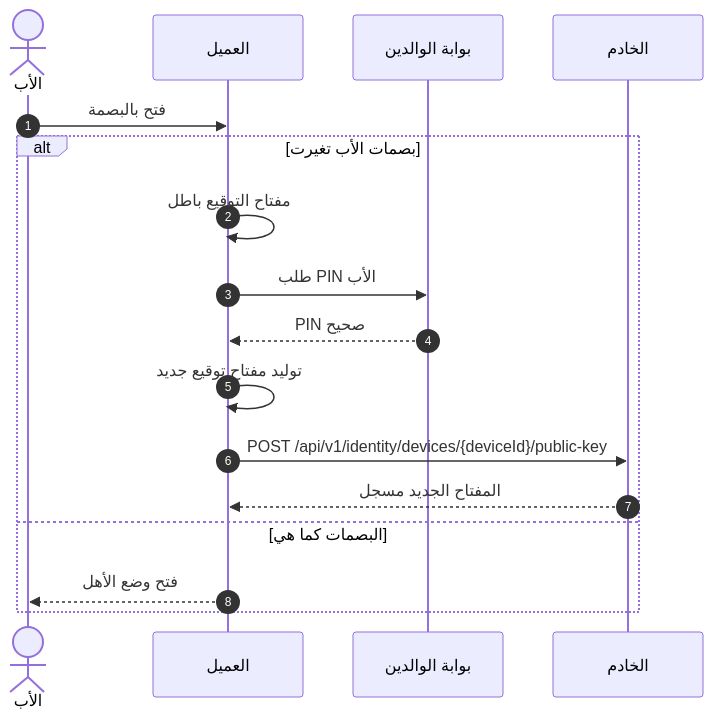
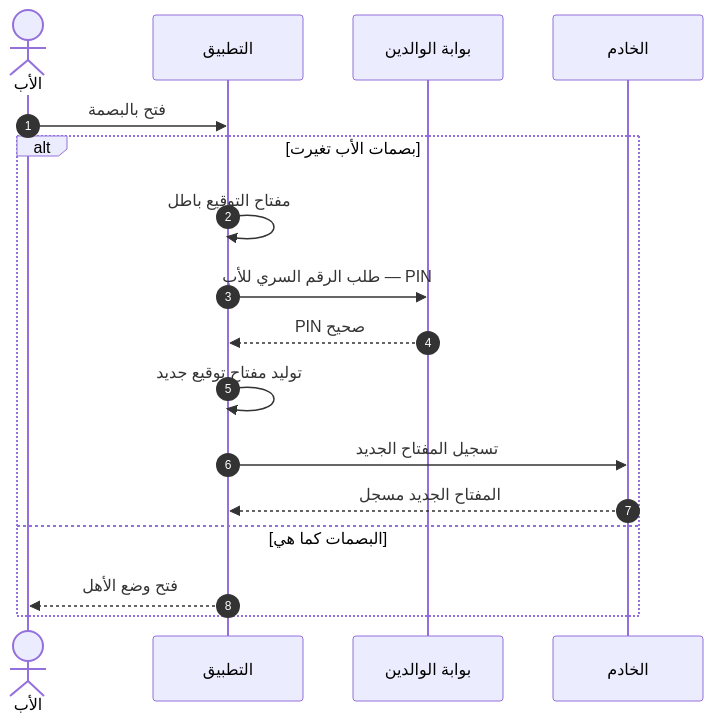
Diagram 16 of 36 in docs/family-os/governance/phases/phase-1/S1-02-identity-and-onboarding/DIAGRAMS.md (Bassam-mohammed-alqaeadi/family-os-v2), drawn with Mermaid before and after one commit. The commit also changed other lines of this file, not shown here.

````diff
--- a/docs/family-os/governance/phases/phase-1/S1-02-identity-and-onboarding/DIAGRAMS.md
+++ b/docs/family-os/governance/phases/phase-1/S1-02-identity-and-onboarding/DIAGRAMS.md
@@ -670,19 +717,20 @@
 ```mermaid
+%%{init: {"sequence": {"wrap": true}}}%%
 sequenceDiagram
     autonumber
     actor Father as الأب
-    participant Client as العميل
+    participant App as التطبيق
     participant Gate as بوابة الوالدين
     participant Ktor as الخادم
-    Father->>Client: فتح بالبصمة
+    Father->>App: فتح بالبصمة
     alt بصمات الأب تغيرت
-        Client->>Client: مفتاح التوقيع باطل
-        Client->>Gate: طلب PIN الأب
-        Gate-->>Client: PIN صحيح
-        Client->>Client: توليد مفتاح توقيع جديد
-        Client->>Ktor: POST /api/v1/identity/devices/{deviceId}/public-key
-        Ktor-->>Client: المفتاح الجديد مسجل
+        App->>App: مفتاح التوقيع باطل
+        App->>Gate: طلب الرقم السري للأب — PIN
+        Gate-->>App: PIN صحيح
+        App->>App: توليد مفتاح توقيع جديد
+        App->>Ktor: تسجيل المفتاح الجديد
+        Ktor-->>App: المفتاح الجديد مسجل
     else البصمات كما هي
-        Client-->>Father: فتح وضع الأهل
+        App-->>Father: فتح وضع الأهل
     end
 ```
````
